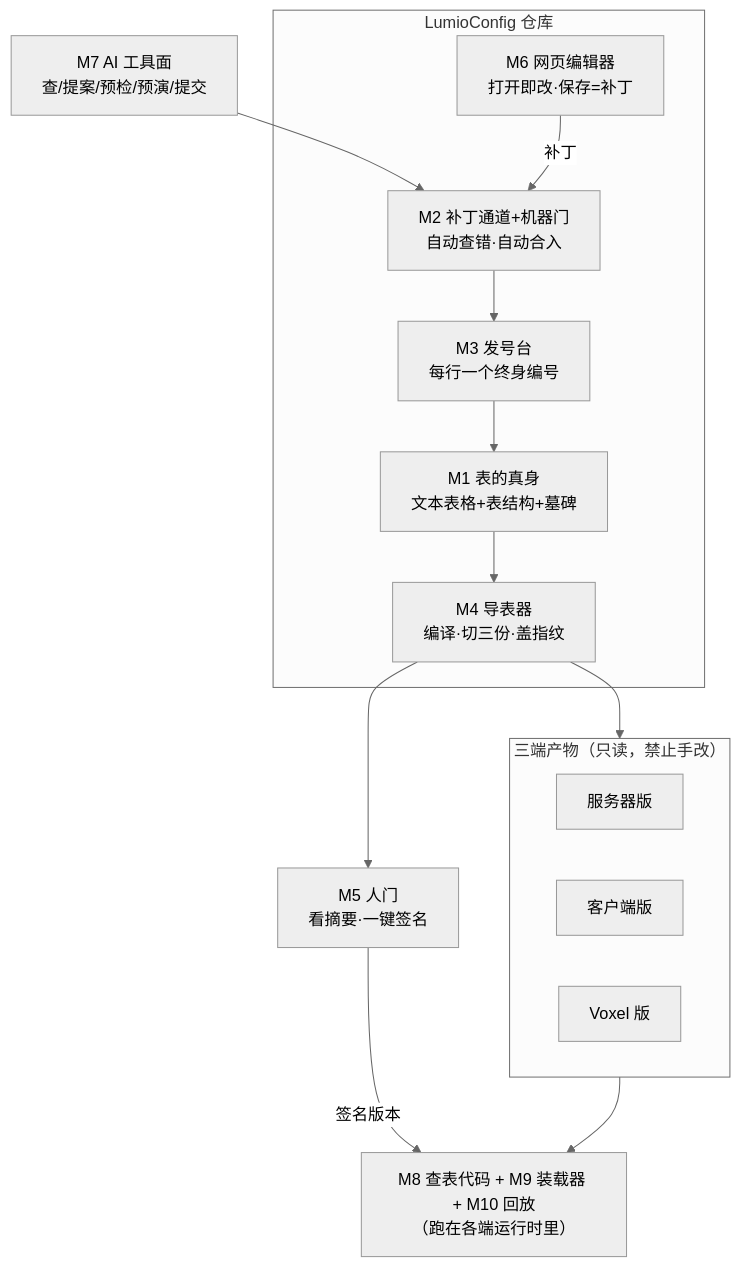
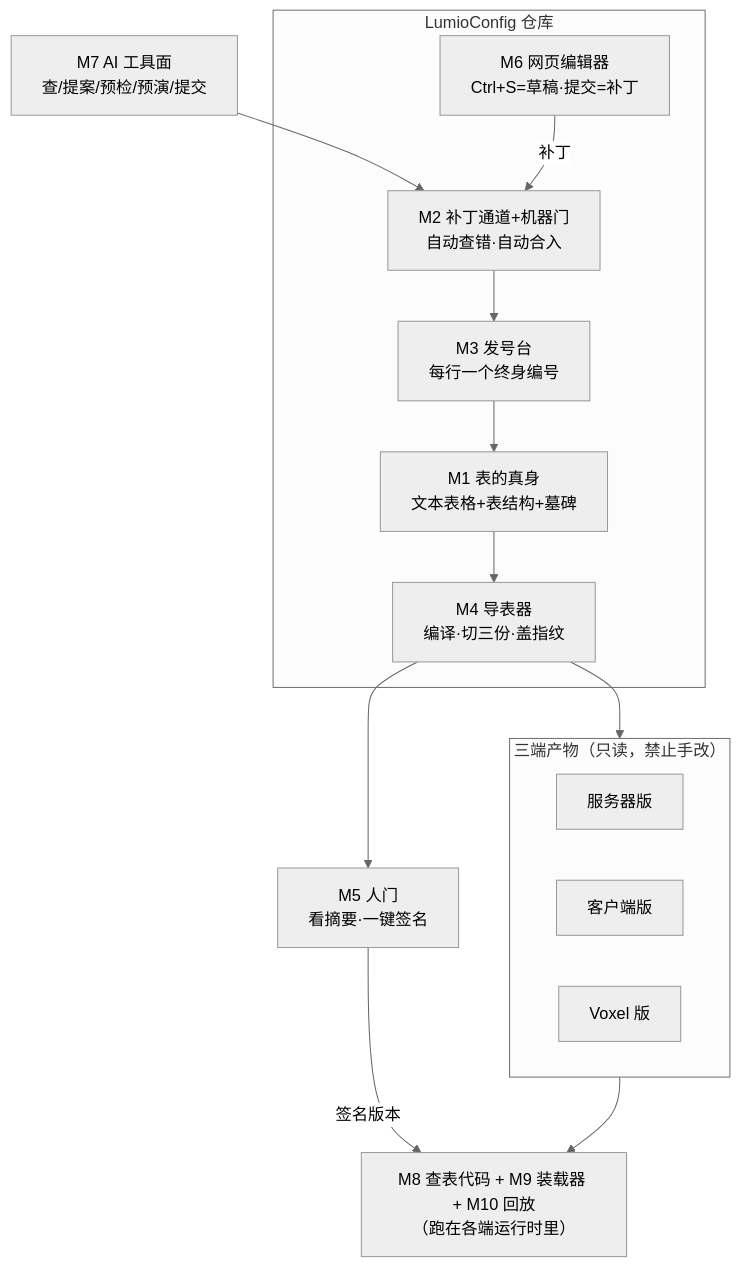
Before and after one commit to LumioGames/LumioGameEngine: the first of 3 diagrams in .spec/knowledge/features/config-table.md, drawn with Mermaid (neutral theme). The commit also changed other lines of this file and 1 other file, not shown here.

````diff
--- a/.spec/knowledge/features/config-table.md
+++ b/.spec/knowledge/features/config-table.md
@@ -45,20 +45,20 @@
 ```mermaid
 flowchart TB
   subgraph LC["LumioConfig 仓库"]
-    ED["M6 网页编辑器<br/>打开即改·保存=补丁"]
+    ED["M6 网页编辑器<br/>Ctrl+S=草稿·提交=补丁"]
     SRC["M1 表的真身<br/>文本表格+表结构+墓碑"]
     GATE["M2 补丁通道+机器门<br/>自动查错·自动合入"]
     REG["M3 发号台<br/>每行一个终身编号"]
     COMP["M4 导表器<br/>编译·切三份·盖指纹"]
   end
   AI["M7 AI 工具面<br/>查/提案/预检/预演/提交"]
   HUM["M5 人门<br/>看摘要·一键签名"]
   subgraph OUT["三端产物（只读，禁止手改）"]
     S["服务器版"] ; C["客户端版"] ; V["Voxel 版"]
   end
   RT["M8 查表代码 + M9 装载器 + M10 回放<br/>（跑在各端运行时里）"]
   AI --> GATE ; ED -->|补丁| GATE
   GATE --> REG --> SRC --> COMP --> OUT
   COMP --> HUM -->|签名版本| RT
   OUT --> RT
 ```
````
